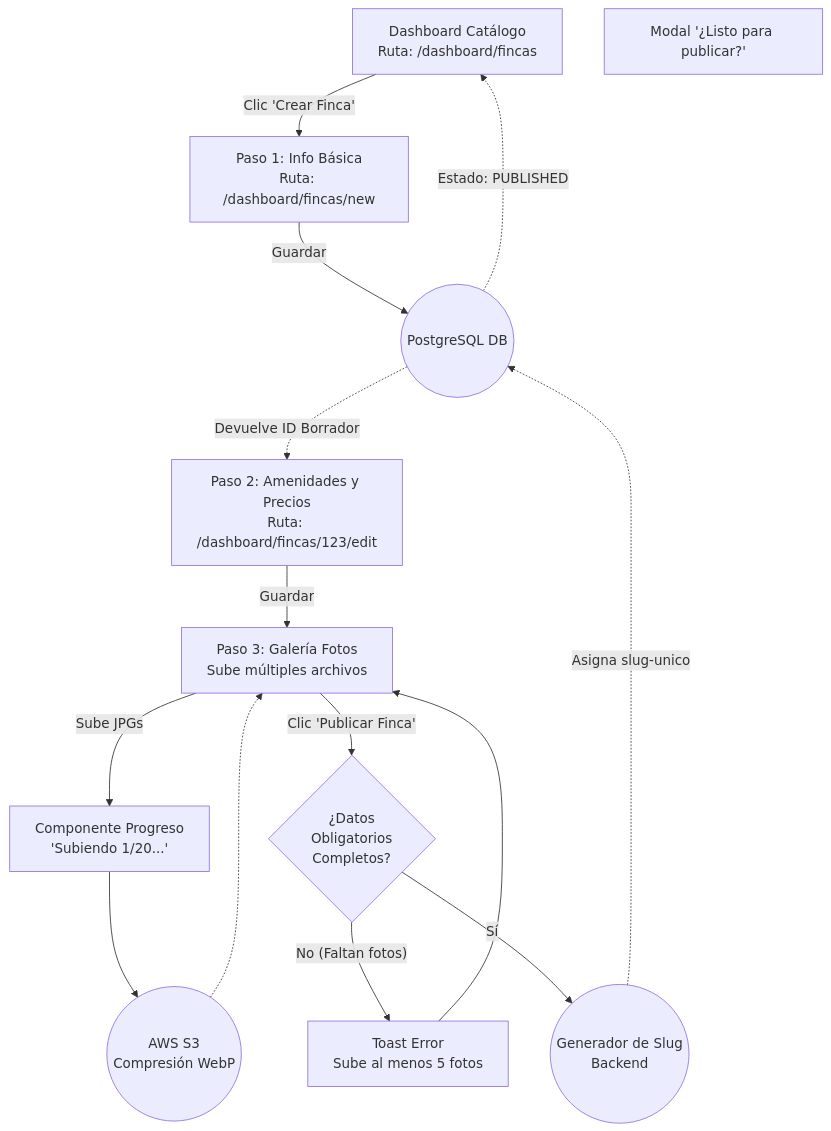
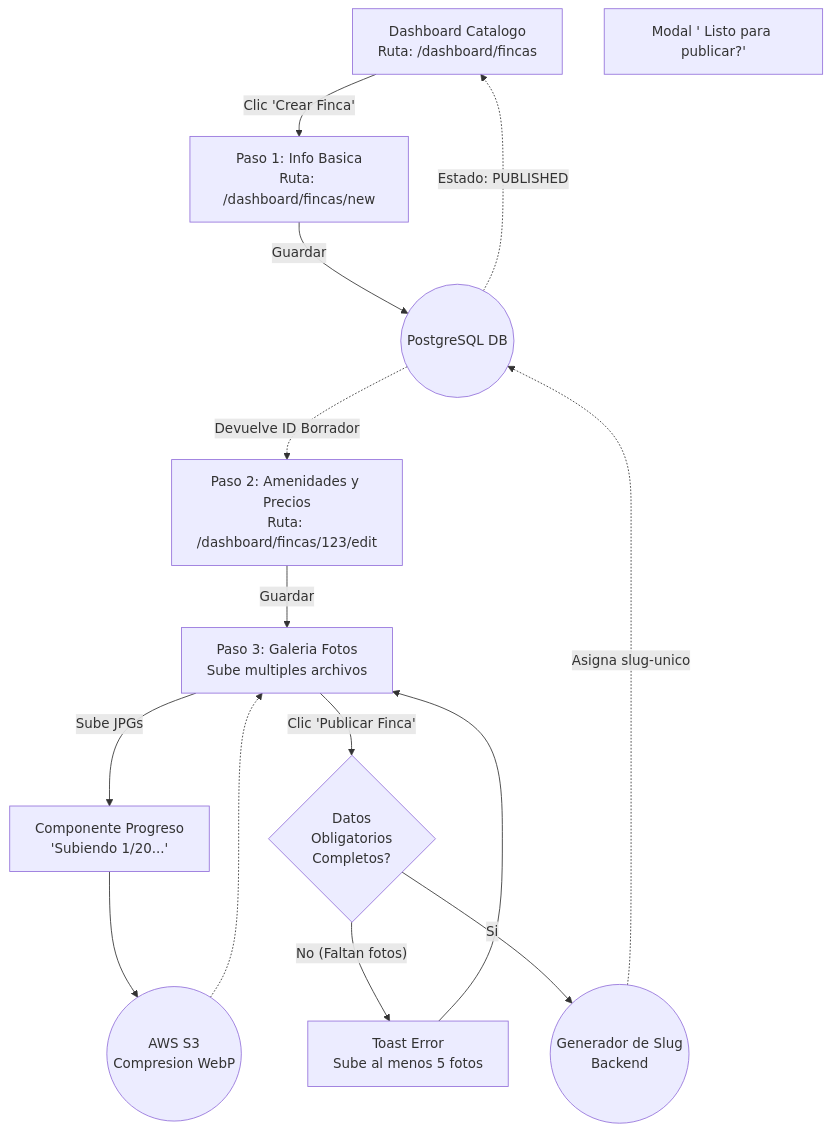
One commit to camilolayos54-dotcom/NosFuimosdeFinca changed the first of 2 diagrams in docs/04-system-modeling/02.User_Flows_Task_Flows/modules/MOD-PROP_flows.md. Above: the diagram before and after it, drawn with Mermaid. The commit also changed other lines of this file and 62 other files, not shown here.

````diff
--- a/docs/04-system-modeling/02.User_Flows_Task_Flows/modules/MOD-PROP_flows.md
+++ b/docs/04-system-modeling/02.User_Flows_Task_Flows/modules/MOD-PROP_flows.md
@@ -35,38 +35,38 @@
 ```mermaid
 flowchart TD
     %% Nodos UI
-    HubUI[Dashboard Catálogo<br>Ruta: /dashboard/fincas]
-    Step1UI[Paso 1: Info Básica<br>Ruta: /dashboard/fincas/new]
+    HubUI[Dashboard Catalogo<br>Ruta: /dashboard/fincas]
+    Step1UI[Paso 1: Info Basica<br>Ruta: /dashboard/fincas/new]
     Step2UI[Paso 2: Amenidades y Precios<br>Ruta: /dashboard/fincas/123/edit]
-    Step3UI[Paso 3: Galería Fotos<br>Sube múltiples archivos]
+    Step3UI[Paso 3: Galeria Fotos<br>Sube multiples archivos]
     UploadToastUI[Componente Progreso<br>'Subiendo 1/20...']
-    PublishModalUI[Modal '¿Listo para publicar?']
+    PublishModalUI[Modal ' Listo para publicar?']
     
-    %% Nodos Asíncronos
+    %% Nodos Asincronos
     DB((PostgreSQL DB))
-    Storage((AWS S3<br>Compresión WebP))
+    Storage((AWS S3<br>Compresion WebP))
     SlugService((Generador de Slug<br>Backend))
     
     %% Decisiones
-    IsDraftCheck{¿Datos<br>Obligatorios<br>Completos?}
+    IsDraftCheck{ Datos<br>Obligatorios<br>Completos?}
 
     %% Flujo Inicial (Draft)
     HubUI --> |Clic 'Crear Finca'| Step1UI
     Step1UI --> |Guardar| DB
     DB -.-> |Devuelve ID Borrador| Step2UI
     
     %% Proceso de Medios
     Step2UI --> |Guardar| Step3UI
     Step3UI --> |Sube JPGs| UploadToastUI
     UploadToastUI --> Storage
     Storage -.-> Step3UI
     
-    %% Publicación Final
+    %% Publicacion Final
     Step3UI --> |Clic 'Publicar Finca'| IsDraftCheck
     IsDraftCheck -- No (Faltan fotos) --> ErrorToastUI[Toast Error<br>Sube al menos 5 fotos]
     ErrorToastUI --> Step3UI
     
-    IsDraftCheck -- Sí --> SlugService
+    IsDraftCheck -- Si --> SlugService
     SlugService -.-> |Asigna slug-unico| DB
     DB -.-> |Estado: PUBLISHED| HubUI
 ```
````
